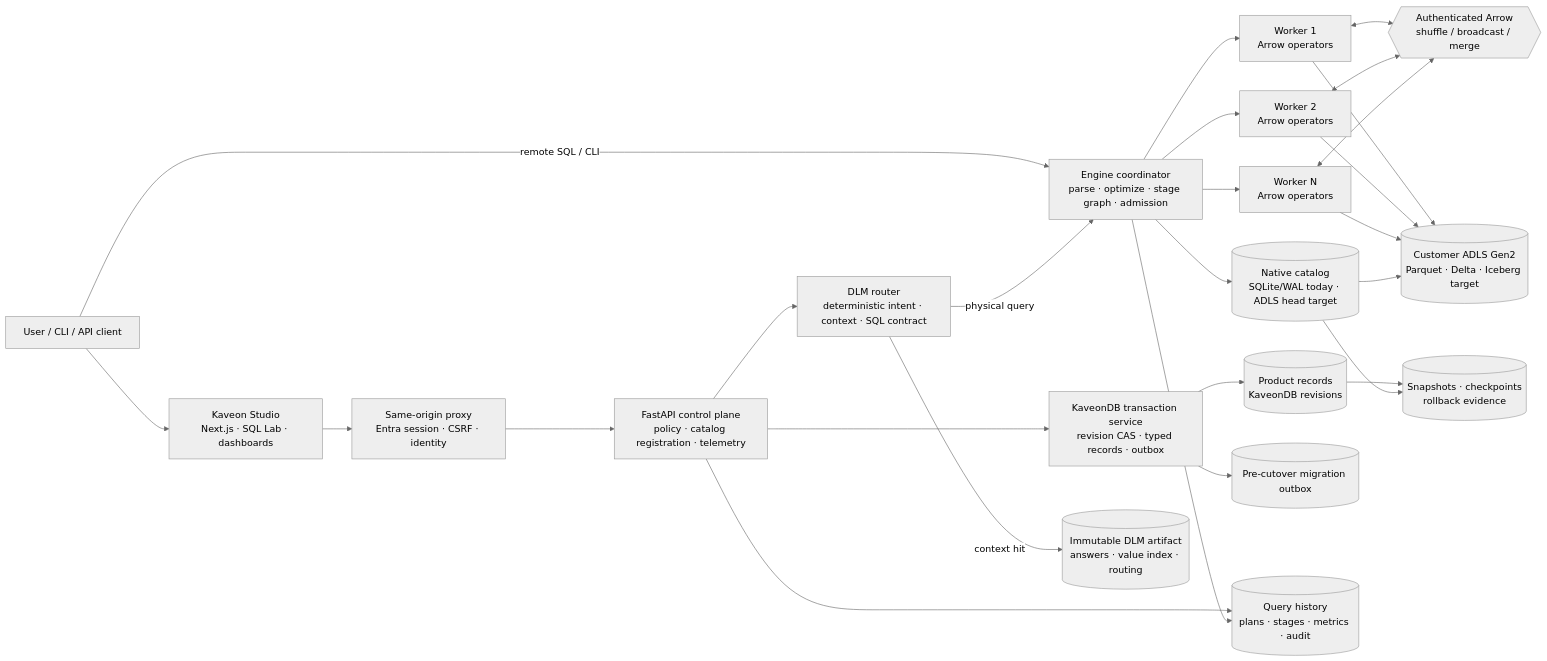
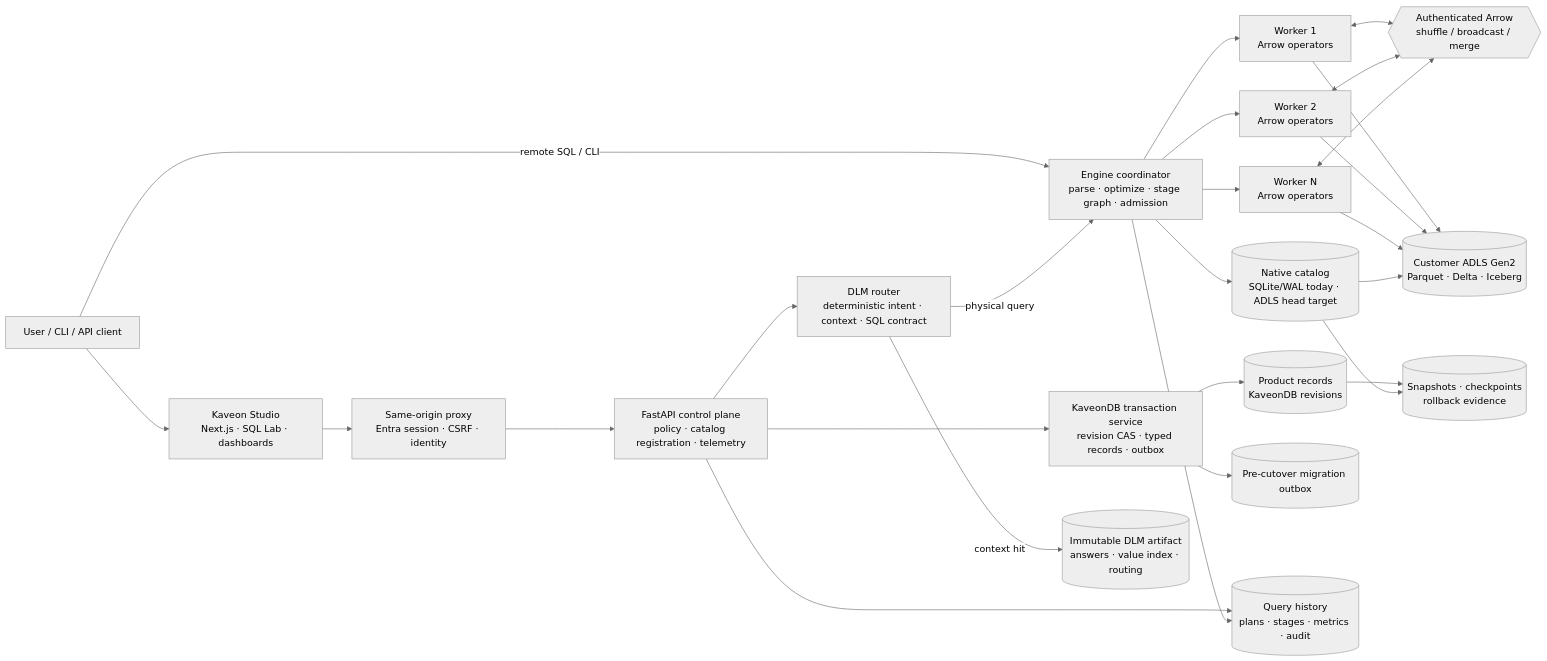
Before and after one commit to PruthviProdduturi/Kaveon: the first of 4 diagrams in docs/reference/kaveon-connected-architecture.md, drawn with Mermaid (neutral theme). The commit also changed other lines of this file and 4 other files, not shown here.

First line of the commit message:
docs(product): strategy, comparisons and the connected architecture match the Engine on dev

````diff
--- a/docs/reference/kaveon-connected-architecture.md
+++ b/docs/reference/kaveon-connected-architecture.md
@@ -11,39 +11,39 @@
 ```mermaid
 flowchart LR
   User[User / CLI / API client]
   Studio[Kaveon Studio\nNext.js · SQL Lab · dashboards]
   Proxy[Same-origin proxy\nEntra session · CSRF · identity]
   API[FastAPI control plane\npolicy · catalog registration · telemetry]
   DLM[DLM router\ndeterministic intent · context · SQL contract]
   Tx[KaveonDB transaction service\nrevision CAS · typed records · outbox]
   Coord[Engine coordinator\nparse · optimize · stage graph · admission]
   Cat[(Native catalog\nSQLite/WAL today · ADLS head target)]
   W1[Worker 1\nArrow operators]
   W2[Worker 2\nArrow operators]
   WN[Worker N\nArrow operators]
   Exchange{{Authenticated Arrow\nshuffle / broadcast / merge}}
-  Lake[(Customer ADLS Gen2\nParquet · Delta · Iceberg target)]
+  Lake[(Customer ADLS Gen2\nParquet · Delta · Iceberg)]
   Context[(Immutable DLM artifact\nanswers · value index · routing)]
   Product[(Product records\nKaveonDB revisions)]
   Outbox[(Pre-cutover migration outbox)]
   Telemetry[(Query history\nplans · stages · metrics · audit)]
   Recovery[(Snapshots · checkpoints\nrollback evidence)]
 
   User --> Studio
   User -->|remote SQL / CLI| Coord
   Studio --> Proxy --> API
   API --> DLM
   DLM -->|context hit| Context
   DLM -->|physical query| Coord
   API --> Tx --> Product
   Tx --> Outbox
   API --> Telemetry
   Coord --> Cat
   Coord --> W1 & W2 & WN
   W1 & W2 & WN <--> Exchange
   W1 & W2 & WN --> Lake
   Coord --> Telemetry
   Cat --> Lake
   Product --> Recovery
   Cat --> Recovery
 ```
````
